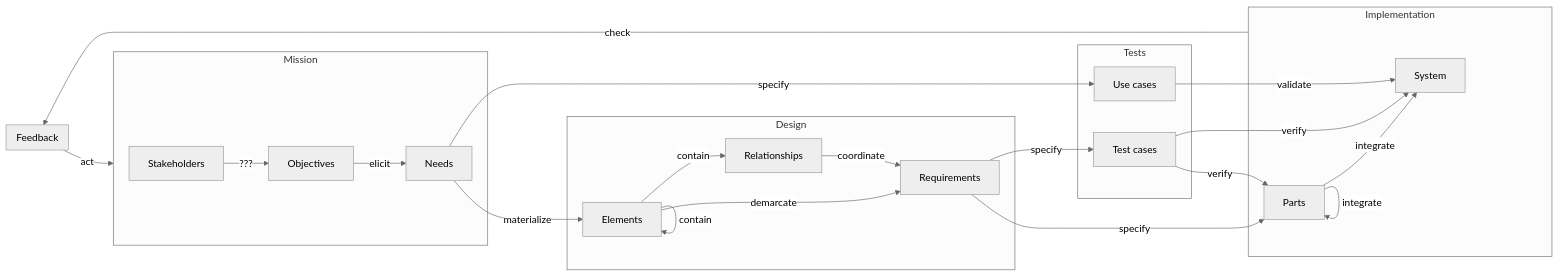
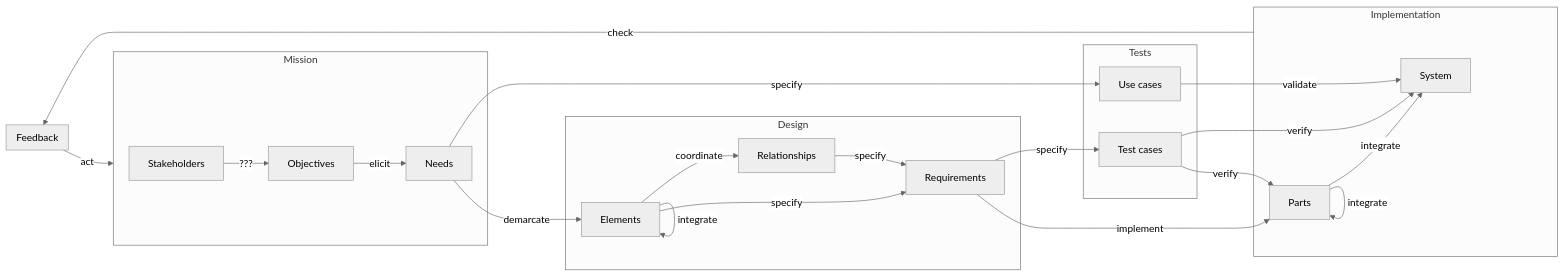
The tenth of 12 diagrams in README.md (firstprinciplesthinking/paper_development_lifecycle), drawn with Mermaid (neutral theme) before and after one commit. The commit also changed other lines of this file, not shown here.

````diff
--- a/README.md
+++ b/README.md
@@ -286,51 +306,52 @@
 ```mermaid
    flowchart LR
       subgraph Design
          Elements
          Relationships
          Requirements
       end
 
       subgraph Tests
          UC["Use cases"]
          TC["Test cases"]
       end
 
       subgraph Implementation
          System["System"]
          Parts["Parts"]
       end
    
       subgraph Feedback
       end
 
       subgraph Mission
          Stakeholders
          Objectives
          Needs
       end
 
       Implementation--"check"-->Feedback
       Feedback--"act"-->Mission
 
       Parts--"integrate"-->System
       Parts--"integrate"-->Parts
       System~~~Parts
 
       Stakeholders--"???"-->Objectives
       Objectives--"elicit"-->Needs
 
-      Elements--"demarcate"-->Requirements
-      Relationships--"coordinate"-->Requirements
-      Requirements--"specify"-->Parts
+      Elements--"specify"-->Requirements
+      Relationships--"specify"-->Requirements
+      Requirements--"implement"-->Parts
 
-      Needs--"materialize"-->Elements
-      Elements--"contain"-->Relationships
-      Elements--"contain"-->Elements
+      Needs--"demarcate"-->Elements
+      Elements--"coordinate"-->Relationships
+      Elements--"integrate"-->Elements
+
       Needs--"specify"-->UC
       Requirements--"specify"-->TC
 
       TC--"verify"-->Parts
       TC--"verify"-->System
       UC--"validate"-->System
 ```
````
